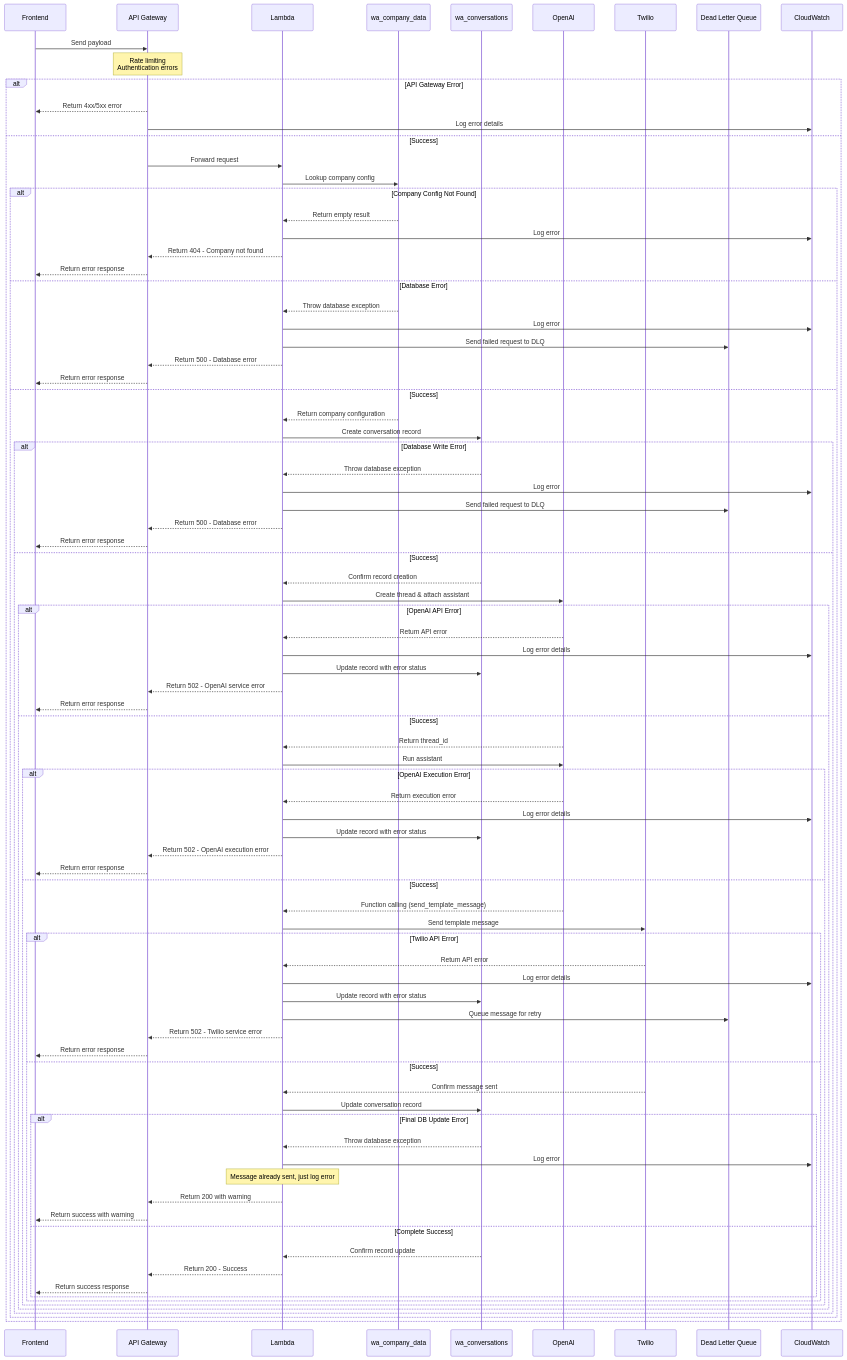
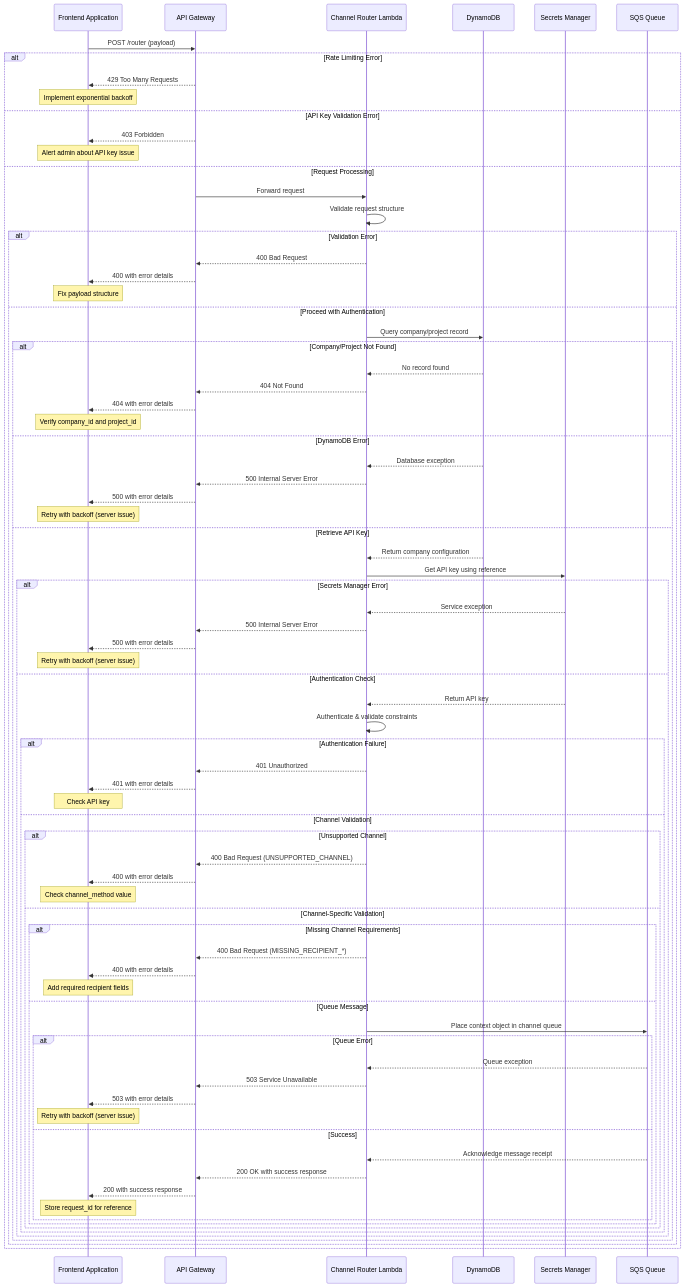
One commit to junksamiad/template-sender-engine changed the diagram in implementation/error_handling.md. Above: the diagram before and after it, drawn with Mermaid. The commit also changed other lines of this file and 1 other file, not shown here.

Commit message:
Update error handling documentation between frontend and channel router with comprehensive strategies

````diff
--- a/implementation/error_handling.md
+++ b/implementation/error_handling.md
@@ -7,97 +7,83 @@
 ```mermaid
 sequenceDiagram
-    participant Frontend
-    participant API as API Gateway
-    participant Lambda
-    participant CompanyDB as wa_company_data
-    participant ConvoDB as wa_conversations
-    participant OpenAI
-    participant Twilio
-    participant DLQ as Dead Letter Queue
-    participant CloudWatch
+    participant Frontend as Frontend Application
+    participant APIG as API Gateway
+    participant Router as Channel Router Lambda
+    participant DDB as DynamoDB
+    participant SM as Secrets Manager
+    participant Queue as SQS Queue
     
-    Frontend->>API: Send payload
-    Note over API: Rate limiting<br/>Authentication errors
+    Frontend->>APIG: POST /router (payload)
     
-    alt API Gateway Error
-        API-->>Frontend: Return 4xx/5xx error
-        API->>CloudWatch: Log error details
-    else Success
-        API->>Lambda: Forward request
+    alt Rate Limiting Error
+        APIG-->>Frontend: 429 Too Many Requests
+        Note over Frontend: Implement exponential backoff
+    else API Key Validation Error
+        APIG-->>Frontend: 403 Forbidden
+        Note over Frontend: Alert admin about API key issue
+    else Request Processing
+        APIG->>Router: Forward request
         
-        Lambda->>CompanyDB: Lookup company config
+        Router->>Router: Validate request structure
         
-        alt Company Config Not Found
-            CompanyDB-->>Lambda: Return empty result
-            Lambda->>CloudWatch: Log error
-            Lambda-->>API: Return 404 - Company not found
-            API-->>Frontend: Return error response
-        else Database Error
-            CompanyDB-->>Lambda: Throw database exception
-            Lambda->>CloudWatch: Log error
-            Lambda->>DLQ: Send failed request to DLQ
-            Lambda-->>API: Return 500 - Database error
-            API-->>Frontend: Return error response
-        else Success
-            CompanyDB-->>Lambda: Return company configuration
+        alt Validation Error
+            Router-->>APIG: 400 Bad Request
+            APIG-->>Frontend: 400 with error details
+            Note over Frontend: Fix payload structure
+        else Proceed with Authentication
+            Router->>DDB: Query company/project record
             
-            Lambda->>ConvoDB: Create conversation record
-            
-            alt Database Write Error
-                ConvoDB-->>Lambda: Throw database exception
-                Lambda->>CloudWatch: Log error
-                Lambda->>DLQ: Send failed request to DLQ
-                Lambda-->>API: Return 500 - Database error
-                API-->>Frontend: Return error response
-            else Success
-                ConvoDB-->>Lambda: Confirm record creation
+            alt Company/Project Not Found
+                DDB-->>Router: No record found
+                Router-->>APIG: 404 Not Found
+                APIG-->>Frontend: 404 with error details
+                Note over Frontend: Verify company_id and project_id
+            else DynamoDB Error
+                DDB-->>Router: Database exception
+                Router-->>APIG: 500 Internal Server Error
+                APIG-->>Frontend: 500 with error details
+                Note over Frontend: Retry with backoff (server issue)
+            else Retrieve API Key
+                DDB-->>Router: Return company configuration
+                Router->>SM: Get API key using reference
                 
-                Lambda->>OpenAI: Create thread & attach assistant
-                
-                alt OpenAI API Error
-                    OpenAI-->>Lambda: Return API error
-                    Lambda->>CloudWatch: Log error details
-                    Lambda->>ConvoDB: Update record with error status
-                    Lambda-->>API: Return 502 - OpenAI service error
-                    API-->>Frontend: Return error response
-                else Success
-                    OpenAI-->>Lambda: Return thread_id
+                alt Secrets Manager Error
+                    SM-->>Router: Service exception
+                    Router-->>APIG: 500 Internal Server Error
+                    APIG-->>Frontend: 500 with error details
+                    Note over Frontend: Retry with backoff (server issue)
+                else Authentication Check
+                    SM-->>Router: Return API key
+                    Router->>Router: Authenticate & validate constraints
                     
-                    Lambda->>OpenAI: Run assistant
-                    
-                    alt OpenAI Execution Error
-                        OpenAI-->>Lambda: Return execution error
-                        Lambda->>CloudWatch: Log error details
-                        Lambda->>ConvoDB: Update record with error status
-                        Lambda-->>API: Return 502 - OpenAI execution error
-                        API-->>Frontend: Return error response
-                    else Success
-                        OpenAI-->>Lambda: Function calling (send_template_message)
-                        
-                        Lambda->>Twilio: Send template message
-                        
-                        alt Twilio API Error
-                            Twilio-->>Lambda: Return API error
-                            Lambda->>CloudWatch: Log error details
-                            Lambda->>ConvoDB: Update record with error status
-                            Lambda->>DLQ: Queue message for retry
-                            Lambda-->>API: Return 502 - Twilio service error
-                            API-->>Frontend: Return error response
-                        else Success
-                            Twilio-->>Lambda: Confirm message sent
-                            
-                            Lambda->>ConvoDB: Update conversation record
-                            
-                            alt Final DB Update Error
-                                ConvoDB-->>Lambda: Throw database exception
-                                Lambda->>CloudWatch: Log error
-                                Note over Lambda: Message already sent, just log error
-                                Lambda-->>API: Return 200 with warning
-                                API-->>Frontend: Return success with warning
-                            else Complete Success
-                                ConvoDB-->>Lambda: Confirm record update
-                                Lambda-->>API: Return 200 - Success
-                                API-->>Frontend: Return success response
+                    alt Authentication Failure
+                        Router-->>APIG: 401 Unauthorized
+                        APIG-->>Frontend: 401 with error details
+                        Note over Frontend: Check API key
+                    else Channel Validation
+                        alt Unsupported Channel
+                            Router-->>APIG: 400 Bad Request (UNSUPPORTED_CHANNEL)
+                            APIG-->>Frontend: 400 with error details
+                            Note over Frontend: Check channel_method value
+                        else Channel-Specific Validation
+                            alt Missing Channel Requirements
+                                Router-->>APIG: 400 Bad Request (MISSING_RECIPIENT_*)
+                                APIG-->>Frontend: 400 with error details
+                                Note over Frontend: Add required recipient fields
+                            else Queue Message
+                                Router->>Queue: Place context object in channel queue
+                                
+                                alt Queue Error
+                                    Queue-->>Router: Queue exception
+                                    Router-->>APIG: 503 Service Unavailable
+                                    APIG-->>Frontend: 503 with error details
+                                    Note over Frontend: Retry with backoff (server issue)
+                                else Success
+                                    Queue-->>Router: Acknowledge message receipt
+                                    Router-->>APIG: 200 OK with success response
+                                    APIG-->>Frontend: 200 with success response
+                                    Note over Frontend: Store request_id for reference
+                                end
                             end
                         end
                     end
````
